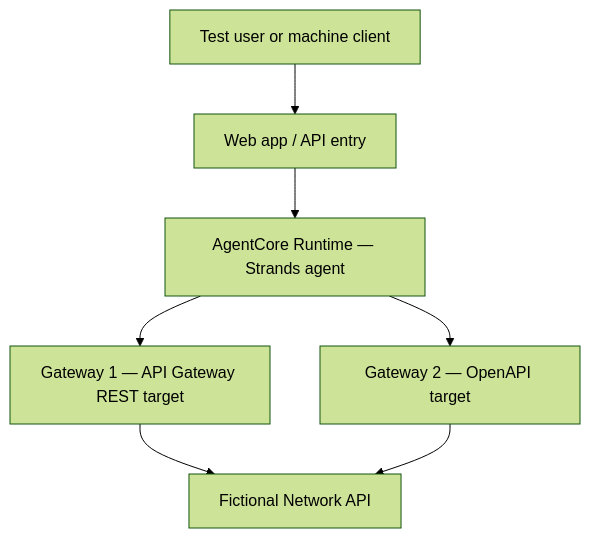
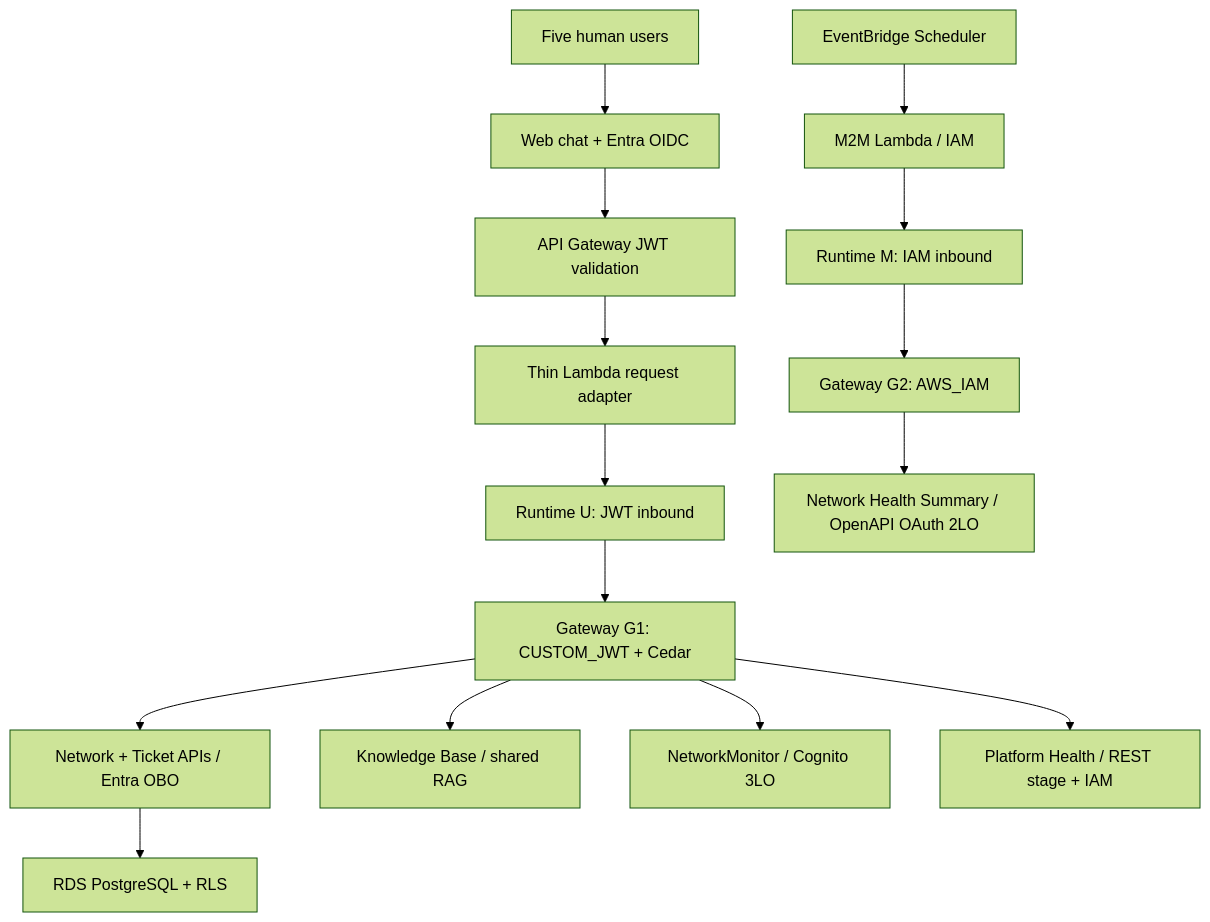
The diagram in docs/two-gateway-design.md (rorygleeson/AWS-agentic-ai-patterns-), drawn with Mermaid (forest theme) before and after one commit. The commit also changed other lines of this file, not shown here.

Commit message:
docs: restore JWT human and IAM automation architecture

````diff
--- a/docs/two-gateway-design.md
+++ b/docs/two-gateway-design.md
@@ -19,9 +7,17 @@
 ```mermaid
 flowchart TD
-  U["Test user or machine client"] --> W["Web app / API entry"]
-  W --> R["AgentCore Runtime — Strands agent"]
-  R --> G1["Gateway 1 — API Gateway REST target"]
-  R --> G2["Gateway 2 — OpenAPI target"]
-  G1 --> API["Fictional Network API"]
-  G2 --> API
+  H["Five human users"] --> W["Web chat + Entra OIDC"]
+  W --> E["API Gateway JWT validation"]
+  E --> L["Thin Lambda request adapter"]
+  L --> RU["Runtime U: JWT inbound"]
+  RU --> G1["Gateway G1: CUSTOM_JWT + Cedar"]
+  G1 --> N["Network + Ticket APIs / Entra OBO"]
+  G1 --> K["Knowledge Base / shared RAG"]
+  G1 --> V["NetworkMonitor / Cognito 3LO"]
+  G1 --> P["Platform Health / REST stage + IAM"]
+  N --> DB["RDS PostgreSQL + RLS"]
+  S["EventBridge Scheduler"] --> ML["M2M Lambda / IAM"]
+  ML --> RM["Runtime M: IAM inbound"]
+  RM --> G2["Gateway G2: AWS_IAM"]
+  G2 --> A["Network Health Summary / OpenAPI OAuth 2LO"]
 ```
````
